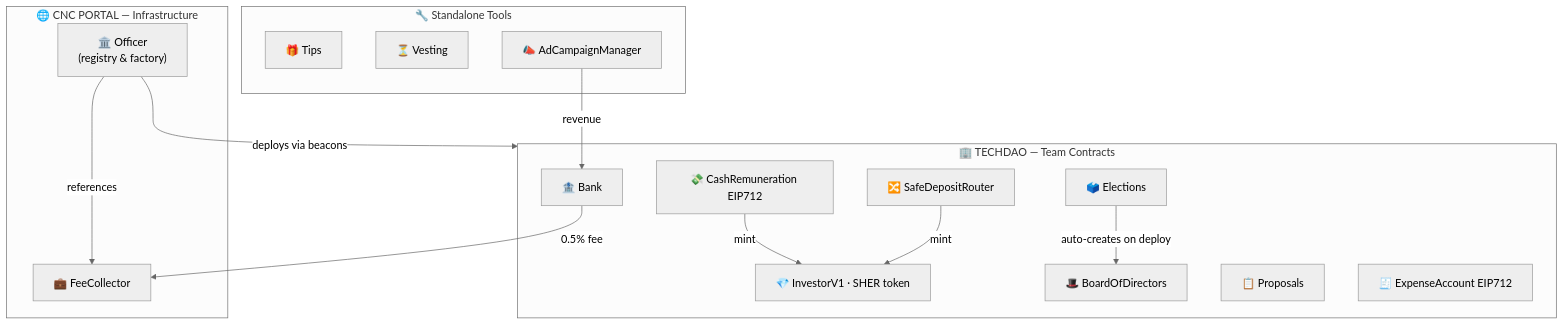
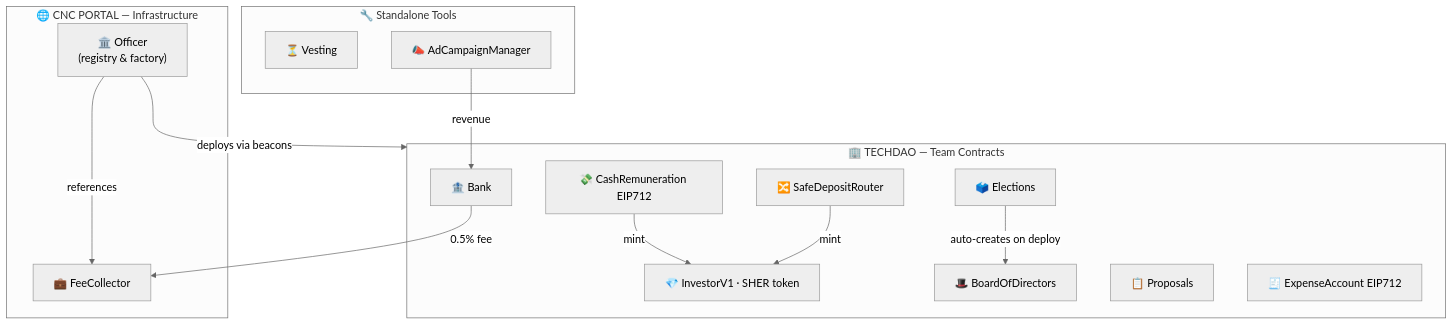
The first of 35 diagrams in contract/SCENARIO_COMPLET.md (globe-and-citizen/cnc-portal), drawn with Mermaid (neutral theme) before and after one commit. The commit also changed other lines of this file and 56 other files, not shown here.

````diff
--- a/contract/SCENARIO_COMPLET.md
+++ b/contract/SCENARIO_COMPLET.md
@@ -25,32 +25,31 @@
 ```mermaid
 graph TD
     subgraph CNC["🌐 CNC PORTAL — Infrastructure"]
         FC["💼 FeeCollector"]
         OFF["🏛️ Officer\n(registry & factory)"]
         OFF -->|references| FC
     end
 
     subgraph TEAM["🏢 TECHDAO — Team Contracts"]
         BANK["🏦 Bank"]
         CASH["💸 CashRemuneration EIP712"]
         SDR["🔀 SafeDepositRouter"]
         INVEST["💎 InvestorV1 · SHER token"]
         ELEC["🗳️ Elections"]
         BOD["🎩 BoardOfDirectors"]
         PROP["📋 Proposals"]
         EXP["🧾 ExpenseAccount EIP712"]
         ELEC -->|"auto-creates on deploy"| BOD
     end
 
     subgraph STANDALONE["🔧 Standalone Tools"]
-        TIPS["🎁 Tips"]
         VEST["⏳ Vesting"]
         ADS["📣 AdCampaignManager"]
         ADS -->|revenue| BANK
     end
 
     OFF -->|"deploys via beacons"| TEAM
     BANK -->|"0.5% fee"| FC
     CASH -->|mint| INVEST
     SDR -->|mint| INVEST
 ```
````
